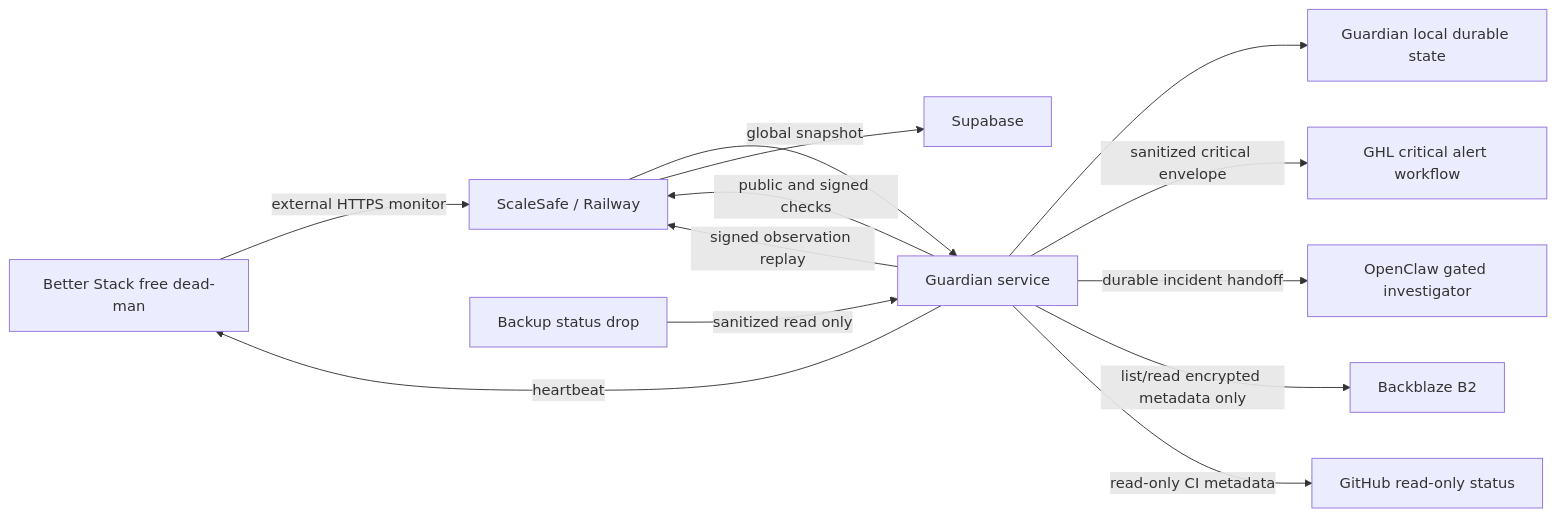
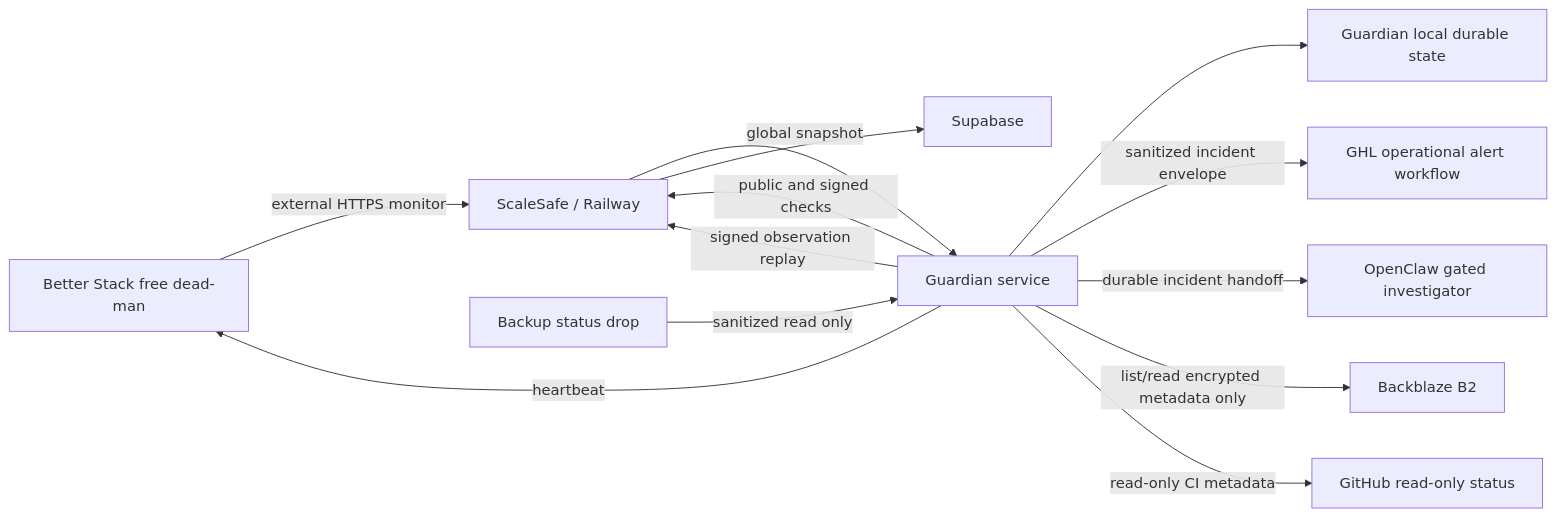
Before and after one commit to Pkorn79/ScaleSafe: the diagram in docs/COMMAND_CENTER_PHASE_3_IMPLEMENTATION_AND_CERTIFICATION.md, drawn with Mermaid. The commit also changed other lines of this file and 37 other files, not shown here.

````diff
--- a/docs/COMMAND_CENTER_PHASE_3_IMPLEMENTATION_AND_CERTIFICATION.md
+++ b/docs/COMMAND_CENTER_PHASE_3_IMPLEMENTATION_AND_CERTIFICATION.md
@@ -220,26 +227,26 @@
 ```mermaid
 flowchart LR
   BS["Better Stack free dead-man"]
   G["Guardian service"]
   GS["Guardian local durable state"]
   OC["OpenClaw gated investigator"]
-  GHL["GHL critical alert workflow"]
+  GHL["GHL operational alert workflow"]
   SS["ScaleSafe / Railway"]
   DB["Supabase"]
   BK["Backup status drop"]
   B2["Backblaze B2"]
   GH["GitHub read-only status"]
 
   BS -->|"external HTTPS monitor"| SS
   G -->|"public and signed checks"| SS
   SS -->|"global snapshot"| G
   SS --> DB
   G --> GS
   G -->|"heartbeat"| BS
-  G -->|"sanitized critical envelope"| GHL
+  G -->|"sanitized incident envelope"| GHL
   G -->|"durable incident handoff"| OC
   BK -->|"sanitized read only"| G
   G -->|"list/read encrypted metadata only"| B2
   G -->|"read-only CI metadata"| GH
   G -->|"signed observation replay"| SS
 ```
````
